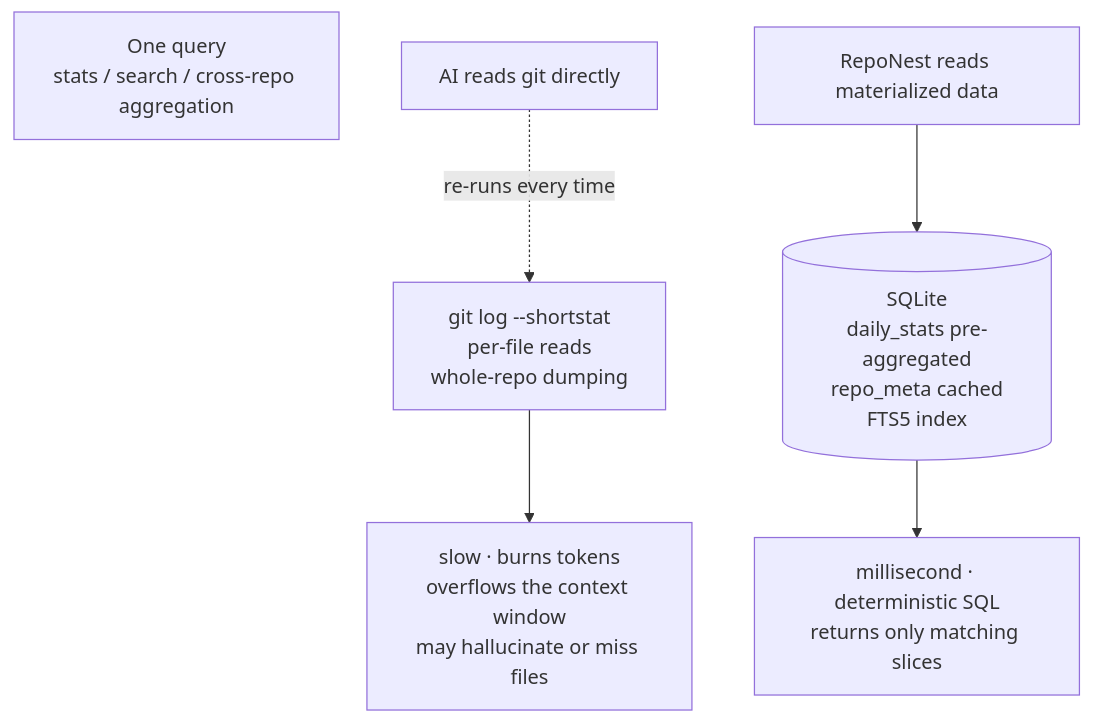
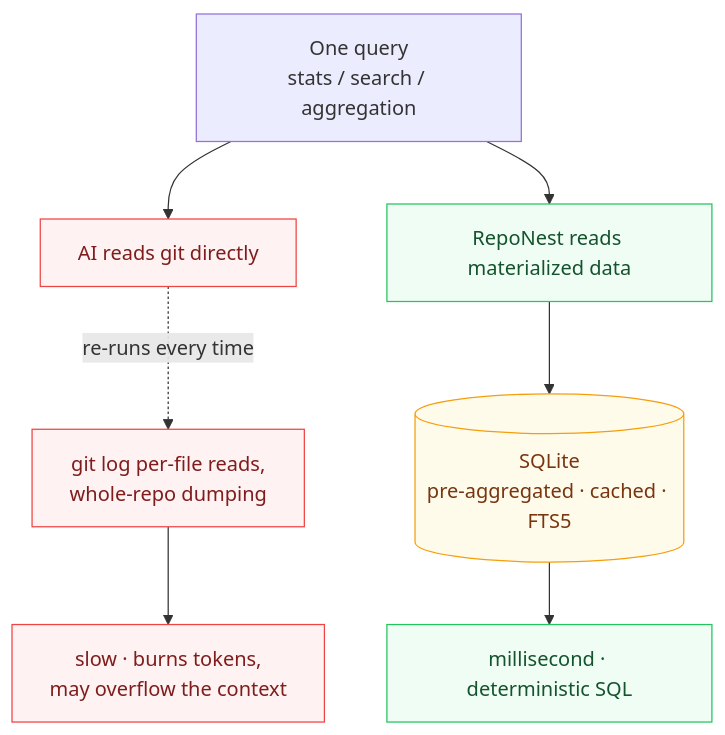
The diagram in docs/en/storage-optimization.md (sky-jiangcheng/RepoNest), drawn with Mermaid before and after one commit. The commit also changed 14 other files, not shown here.

First line of the commit message:
docs(diagrams): 全站 mermaid 图重构 — 告别'宽扁香肠'布局

````diff
--- a/docs/en/storage-optimization.md
+++ b/docs/en/storage-optimization.md
@@ -31,8 +31,16 @@
 ```mermaid
 flowchart TB
-    Q["One query<br/>stats / search / cross-repo aggregation"]
-    G1["AI reads git directly"] -. re-runs every time .-> GL["git log --shortstat<br/>per-file reads<br/>whole-repo dumping"]
-    G2["RepoNest reads materialized data"] --> MAT[("SQLite<br/>daily_stats pre-aggregated<br/>repo_meta cached<br/>FTS5 index")]
-    GL --> R1["slow · burns tokens<br/>overflows the context window<br/>may hallucinate or miss files"]
-    MAT --> R2["millisecond · deterministic SQL<br/>returns only matching slices"]
+    Q["One query<br/>stats / search / aggregation"]
+    Q --> G1["AI reads git directly"]
+    Q --> G2["RepoNest reads materialized data"]
+    G1 -.->|"re-runs every time"| GL["git log per-file reads,<br/>whole-repo dumping"]
+    GL --> R1["slow · burns tokens,<br/>may overflow the context"]
+    G2 --> MAT[("SQLite<br/>pre-aggregated · cached · FTS5")]
+    MAT --> R2["millisecond · deterministic SQL"]
+    classDef store fill:#fffbeb,stroke:#f59e0b,color:#78350f
+    classDef good fill:#f0fdf4,stroke:#22c55e,color:#14532d
+    classDef bad fill:#fef2f2,stroke:#ef4444,color:#7f1d1d
+    class MAT store
+    class G2,R2 good
+    class G1,GL,R1 bad
 ```
````
